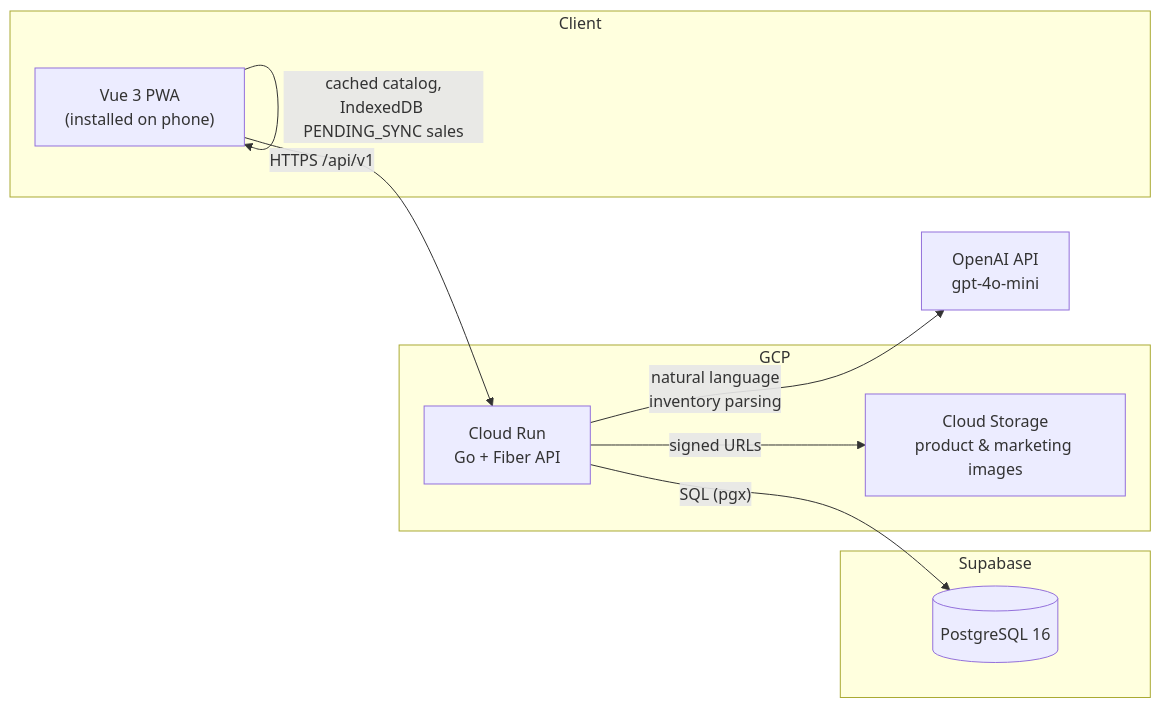
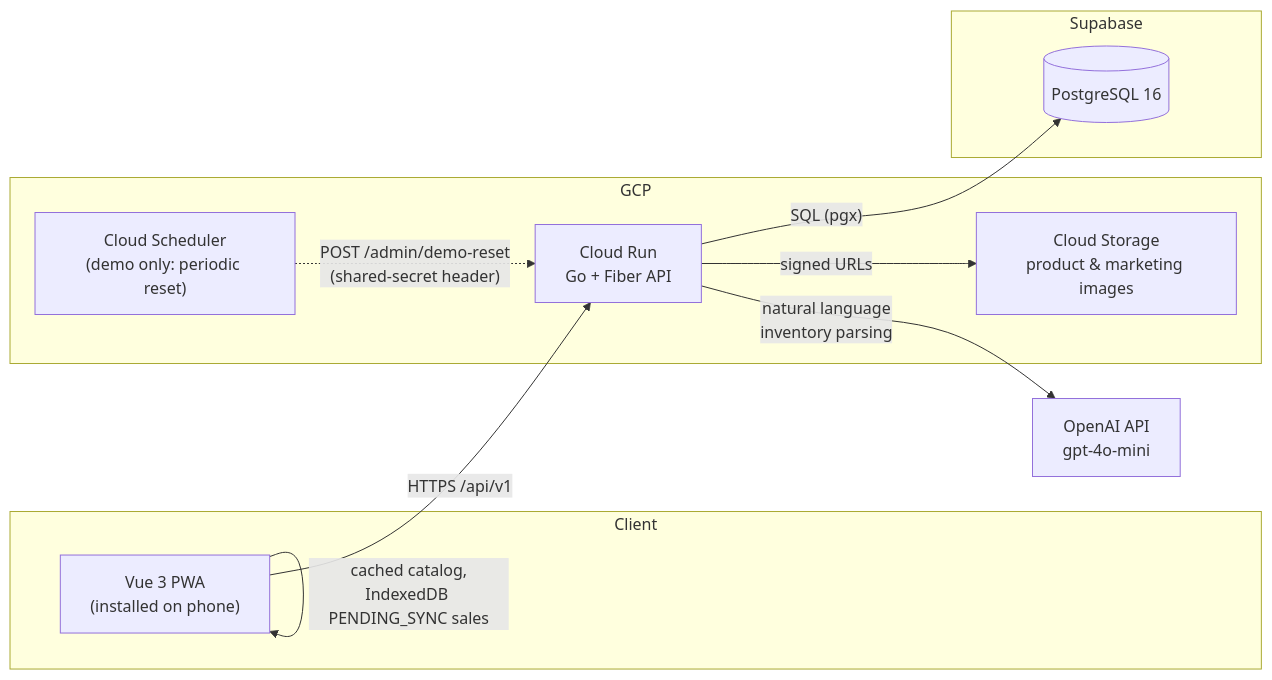
Before and after one commit to karinadeveloper/brewops-demo: the diagram in README.md, drawn with Mermaid. The commit also changed other lines of this file and 37 other files, not shown here.

First line of the commit message:
feat: add demo mode with automated reset, seed data, and AI usage quotas

````diff
--- a/README.md
+++ b/README.md
@@ -33,23 +68,25 @@
 ```mermaid
 flowchart LR
     subgraph Client
         PWA["Vue 3 PWA\n(installed on phone)"]
     end
 
     subgraph GCP
         CR["Cloud Run\nGo + Fiber API"]
         CS["Cloud Storage\nproduct & marketing images"]
+        Scheduler["Cloud Scheduler\n(demo only: periodic reset)"]
     end
 
     subgraph Supabase
         PG[("PostgreSQL 16")]
     end
 
     OpenAI["OpenAI API\ngpt-4o-mini"]
 
     PWA -- "HTTPS /api/v1" --> CR
     CR -- "SQL (pgx)" --> PG
     CR -- "signed URLs" --> CS
     PWA -- "cached catalog,\nIndexedDB PENDING_SYNC sales" --> PWA
     CR -- "natural language\ninventory parsing" --> OpenAI
+    Scheduler -. "POST /admin/demo-reset\n(shared-secret header)" .-> CR
 ```
````
